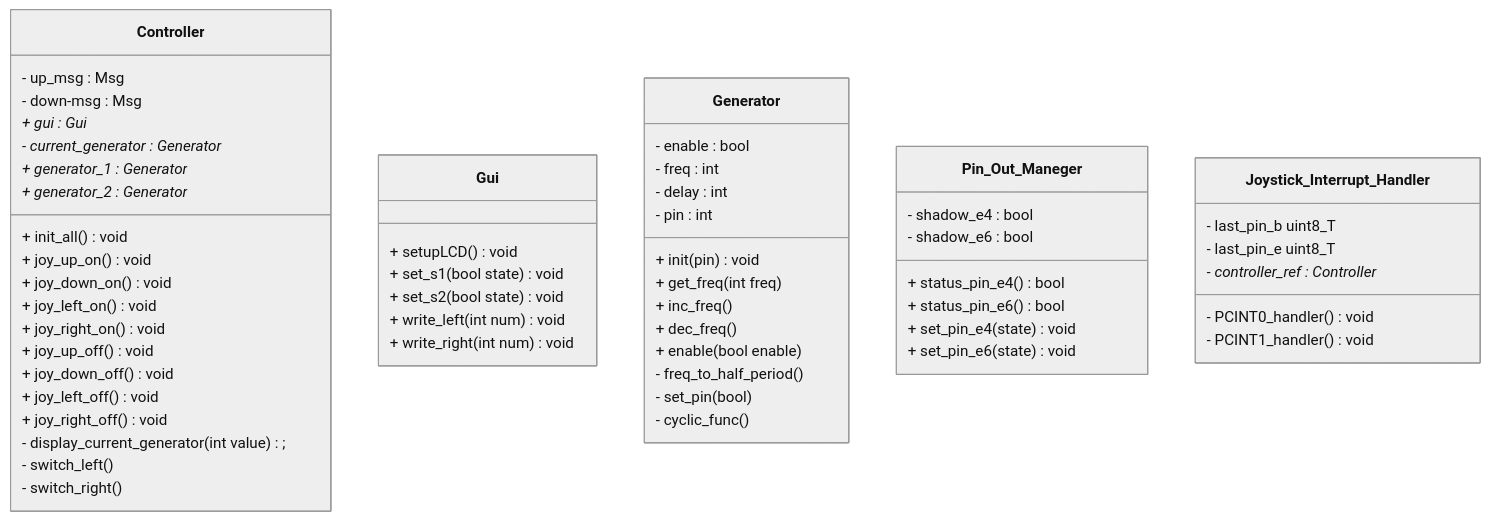
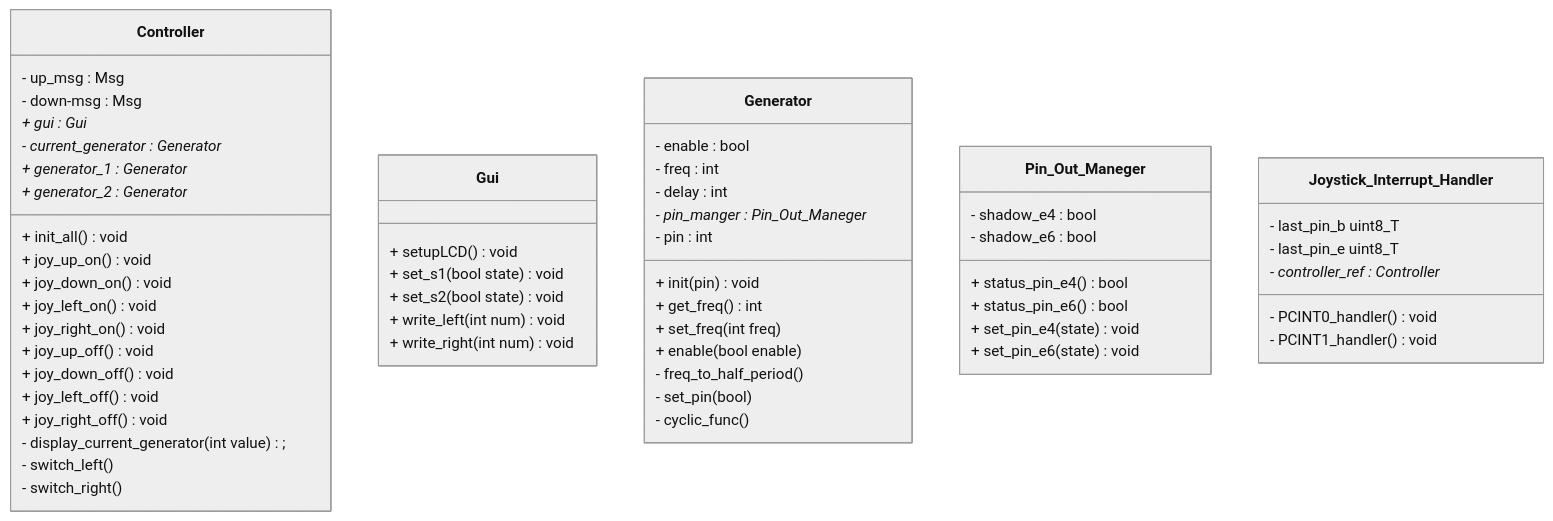
One commit to Spooky-Firefox/d0003e-lab-4 changed the diagram in readme.md. Above: the diagram before and after it, drawn with Mermaid (neutral theme). The commit also changed other lines of this file, not shown here.

````diff
--- a/readme.md
+++ b/readme.md
@@ -18,68 +28,69 @@
 ```mermaid
 classDiagram
 
     class Controller {
         - up_msg : Msg
         - down-msg : Msg
 
-        + gui : Gui *
+        + gui : Gui*
 
-        - current_generator : Generator *
-        + generator_1 : Generator *
-        + generator_2 : Generator *
+        - current_generator : Generator*
+        + generator_1 : Generator*
+        + generator_2 : Generator*
 
         + init_all() void
 
         + joy_up_on() void
         + joy_down_on() void
         + joy_left_on() void
         + joy_right_on() void
         + joy_up_off() void
         + joy_down_off() void
         + joy_left_off() void
         + joy_right_off() void
         - display_current_generator(int value);
         - switch_left()
         - switch_right()
     }
     
     class Gui{
         + setupLCD() void
         + set_s1(bool state) void
         + set_s2(bool state) void
         + write_left(int num) void
         + write_right(int num) void
     }
 
     class Generator {
         - enable : bool
         - freq : int
         - delay : int
+        - pin_manger : Pin_Out_Maneger*
         - pin : int
+
         + init(pin) void
-        + get_freq(int freq)
-        + inc_freq()
-        + dec_freq()
+        + get_freq() int
+        + set_freq(int freq)
         + enable(bool enable)
         - freq_to_half_period()
         - set_pin(bool)
         - cyclic_func()
     }
 
     class Pin_Out_Maneger {
         - shadow_e4 : bool
         - shadow_e6 : bool
         + status_pin_e4() bool
         + status_pin_e6() bool
         + set_pin_e4(state) void
         + set_pin_e6(state) void
     }
 
     class Joystick_Interrupt_Handler {
         - last_pin_b uint8_T
         - last_pin_e uint8_T
         - controller_ref : Controller*
         - PCINT0_handler() void
         - PCINT1_handler() void
     }
 ```
````
